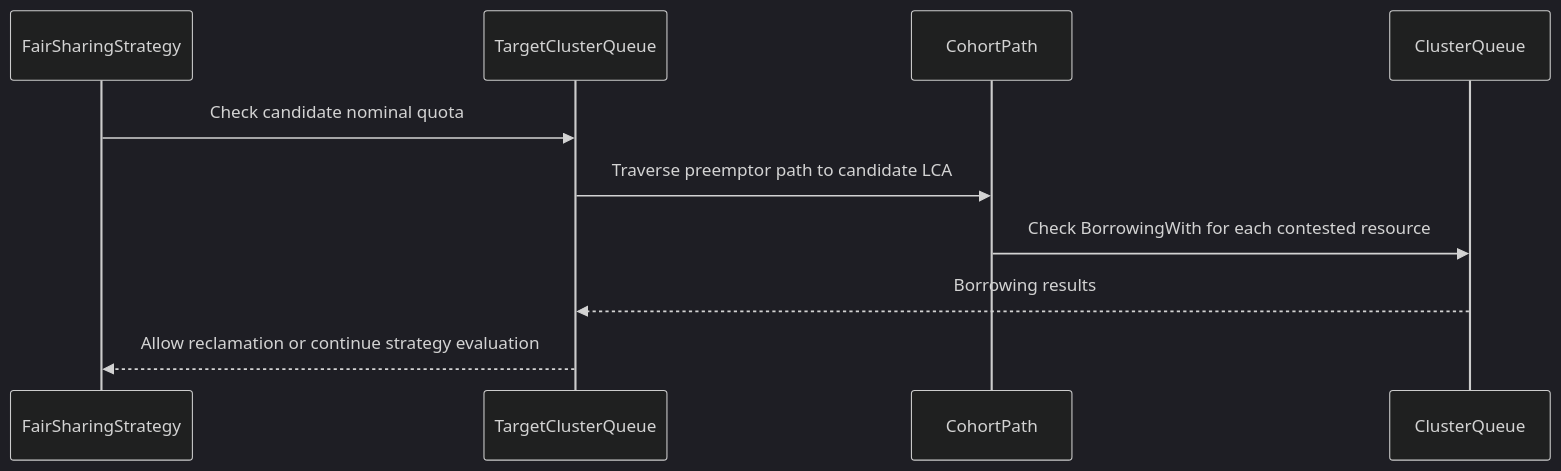
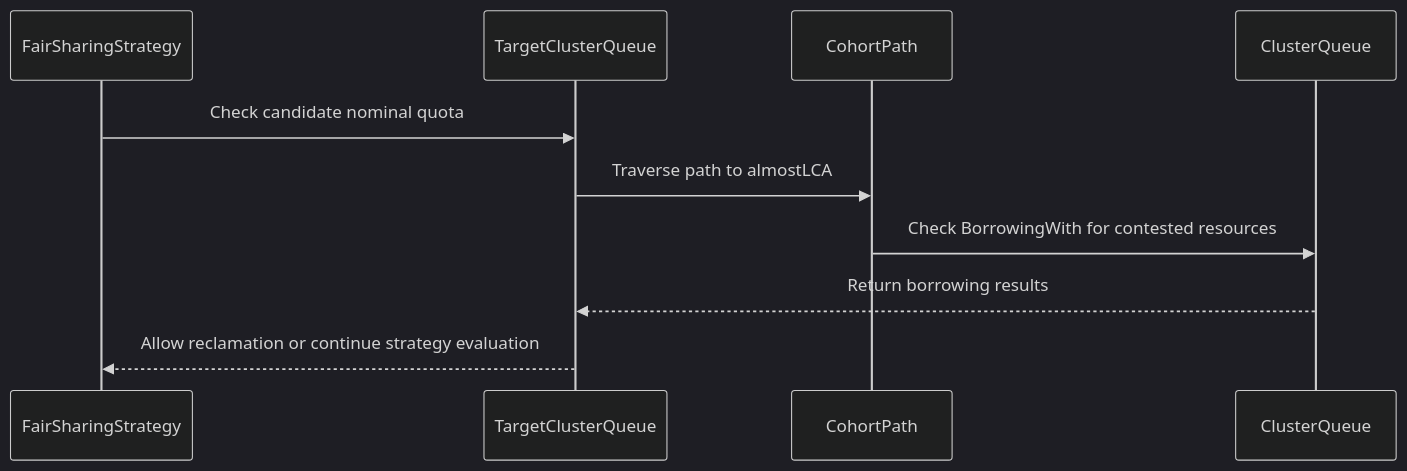
The diagram in raw/github/kubernetes-sigs__kueue/pr-13307.md (reruno/kueue-llm-wiki), drawn with Mermaid (dark theme) before and after one commit. The commit also changed other lines of this file and 1137 other files, not shown here.

````diff
--- a/raw/github/kubernetes-sigs__kueue/pr-13307.md
+++ b/raw/github/kubernetes-sigs__kueue/pr-13307.md
@@ -132,12 +220,12 @@
 ```mermaid
 sequenceDiagram
   participant FairSharingStrategy
   participant TargetClusterQueue
   participant CohortPath
   participant ClusterQueue
   FairSharingStrategy->>TargetClusterQueue: Check candidate nominal quota
-  TargetClusterQueue->>CohortPath: Traverse preemptor path to candidate LCA
-  CohortPath->>ClusterQueue: Check BorrowingWith for each contested resource
-  ClusterQueue-->>TargetClusterQueue: Borrowing results
+  TargetClusterQueue->>CohortPath: Traverse path to almostLCA
+  CohortPath->>ClusterQueue: Check BorrowingWith for contested resources
+  ClusterQueue-->>TargetClusterQueue: Return borrowing results
   TargetClusterQueue-->>FairSharingStrategy: Allow reclamation or continue strategy evaluation
 ```
````
